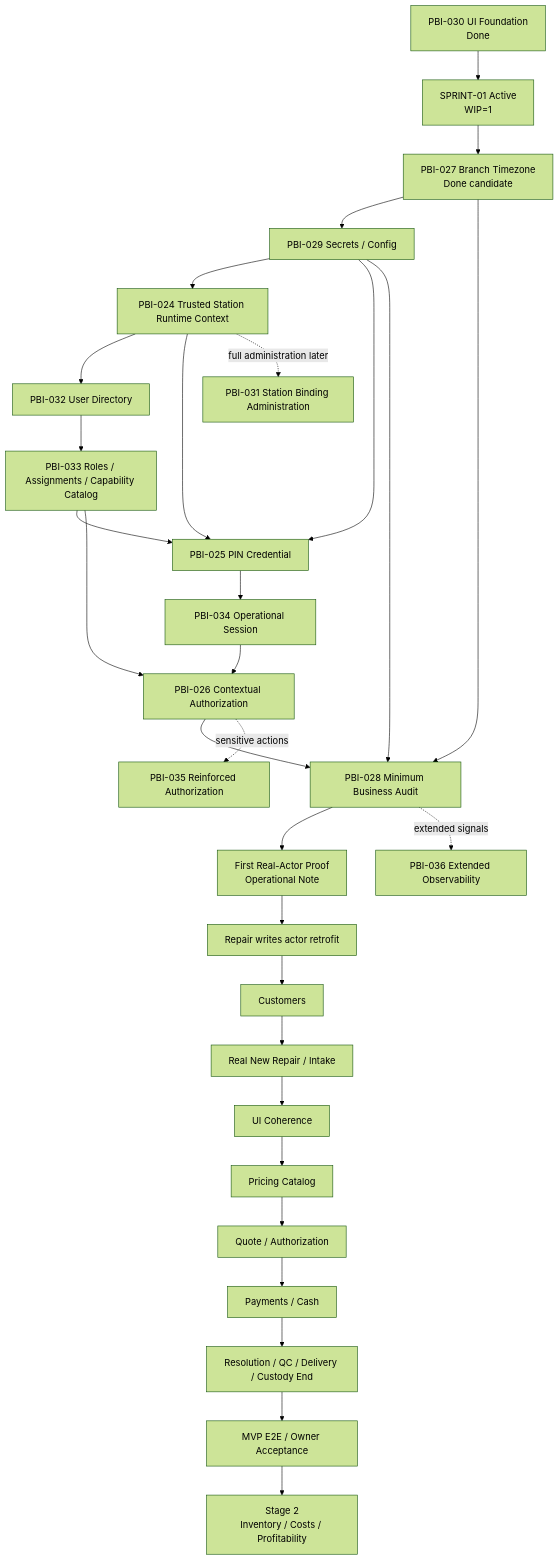
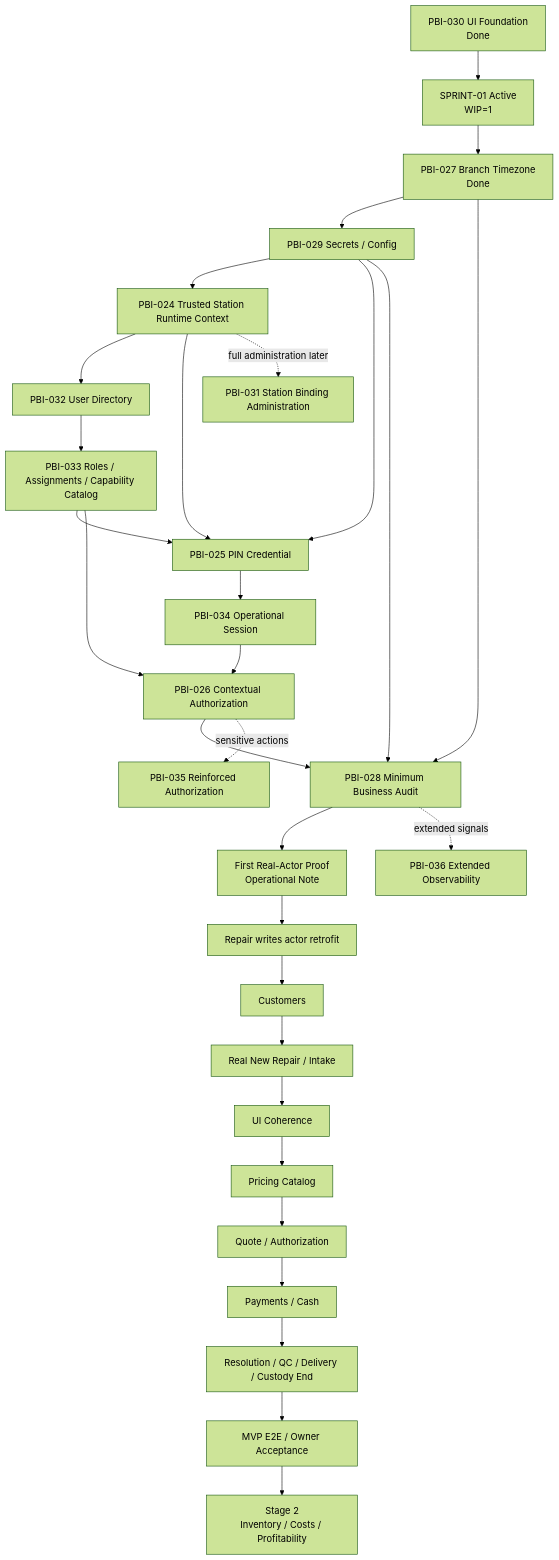
One commit to luisgtzaviles/SrTaller-2.0 changed the diagram in docs/backlog/DEPENDENCY_MAP.md. Above: the diagram before and after it, drawn with Mermaid (forest theme). The commit also changed other lines of this file and 10 other files, not shown here.

````diff
--- a/docs/backlog/DEPENDENCY_MAP.md
+++ b/docs/backlog/DEPENDENCY_MAP.md
@@ -13,32 +13,32 @@
 ```mermaid
 flowchart TD
     P30[PBI-030 UI Foundation<br/>Done] --> S1[SPRINT-01 Active<br/>WIP=1]
-    S1 --> P27[PBI-027 Branch Timezone<br/>Done candidate]
+    S1 --> P27[PBI-027 Branch Timezone<br/>Done]
     P27 --> P29[PBI-029 Secrets / Config]
     P29 --> P24[PBI-024 Trusted Station Runtime Context]
     P24 --> P32[PBI-032 User Directory]
     P32 --> P33[PBI-033 Roles / Assignments / Capability Catalog]
     P33 --> P25[PBI-025 PIN Credential]
     P24 --> P25
     P29 --> P25
     P25 --> P34[PBI-034 Operational Session]
     P34 --> P26[PBI-026 Contextual Authorization]
     P33 --> P26
     P26 --> P28[PBI-028 Minimum Business Audit]
     P27 --> P28
     P29 --> P28
     P28 --> NOTE[First Real-Actor Proof<br/>Operational Note]
     NOTE --> RETRO[Repair writes actor retrofit]
     RETRO --> CUSTOMERS[Customers]
     CUSTOMERS --> INTAKE[Real New Repair / Intake]
     INTAKE --> POLISH[UI Coherence]
     POLISH --> PRICING[Pricing Catalog]
     PRICING --> QUOTE[Quote / Authorization]
     QUOTE --> MONEY[Payments / Cash]
     MONEY --> DELIVERY[Resolution / QC / Delivery / Custody End]
     DELIVERY --> MVP[MVP E2E / Owner Acceptance]
     P24 -. full administration later .-> P31[PBI-031 Station Binding Administration]
     P26 -. sensitive actions .-> P35[PBI-035 Reinforced Authorization]
     P28 -. extended signals .-> P36[PBI-036 Extended Observability]
     MVP --> STAGE2[Stage 2<br/>Inventory / Costs / Profitability]
 ```
````
